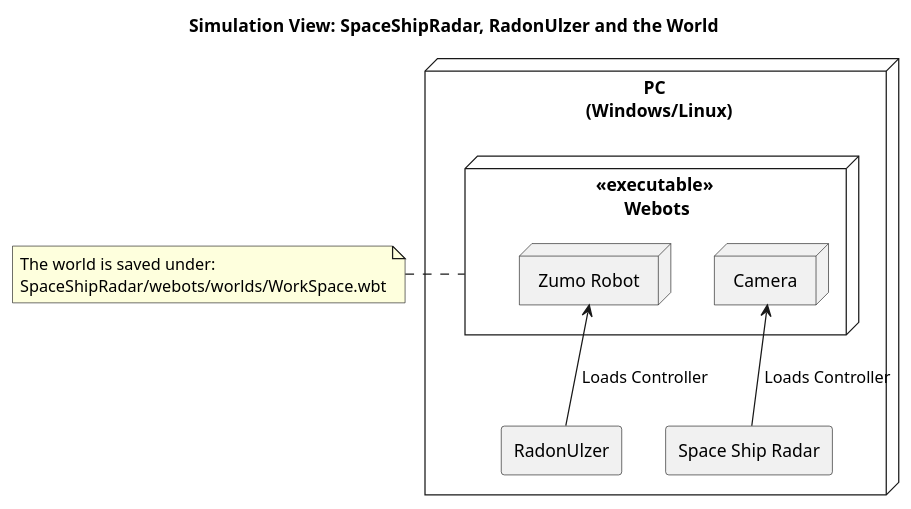
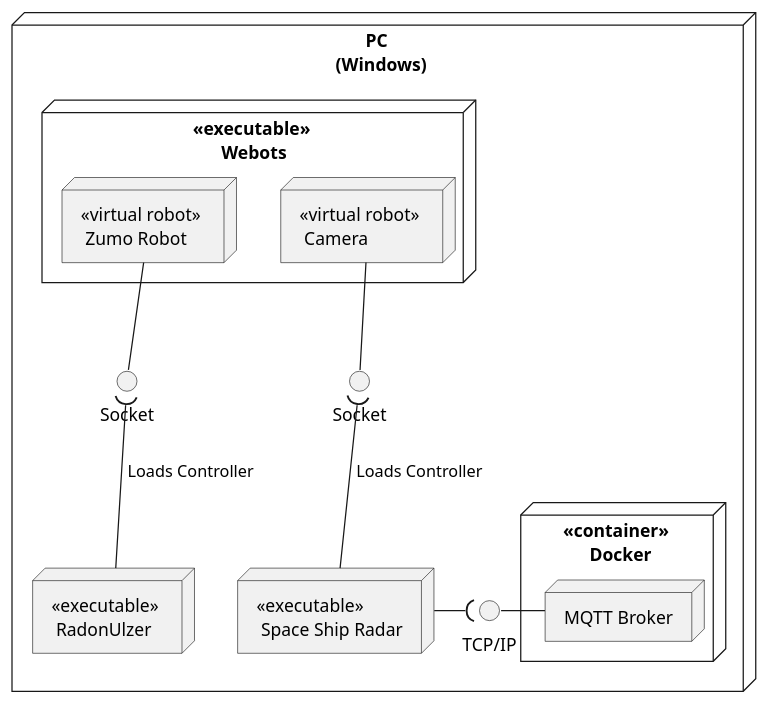
Before and after one commit to NewTec-GmbH/SpaceShipRadar: the diagram in doc/uml/deployment.puml, drawn with PlantUML. The commit also changed 24 other files, not shown here.

```diff
--- a/doc/uml/deployment.puml
+++ b/doc/uml/deployment.puml
@@ -1,24 +1,44 @@
 @startuml deployment
-title Simulation View: SpaceShipRadar, RadonUlzer and the World
+' title Simulation View: SpaceShipRadar, RadonUlzer and the World
 
 
-node "PC \n (Windows/Linux)" {
+node "PC \n (Windows)" {
+    node "<<container>> \n Docker" as Docker{
+        node "MQTT Broker" as broker
+    }
+
     node "<<executable>> \n Webots " as Webots {
-        node "Zumo Robot"
-        node "Camera"
+        node "<<virtual robot>> \n Zumo Robot" as ZumoRobot
+        node "<<virtual robot>> \n Camera" as Camera
     }
     
-    agent RadonUlzer
-    agent "Space Ship Radar"
+  
+
+    node "<<executable>> \n RadonUlzer" as RadonUlzer
+    node "<<executable>> \n Space Ship Radar" as SSR
+
+    interface "Socket" as iZumoRobotSocket
+    interface "Socket" as iZumoComSystemRobotSocket
+
+    interface "TCP/IP" as iNetwork
+
 }
 
 
-"Camera" <-- "Space Ship Radar" : " Loads Controller"
-"Zumo Robot" <-- RadonUlzer : " Loads Controller"
+Camera -- iZumoComSystemRobotSocket
+iZumoComSystemRobotSocket )-- SSR : " Loads Controller"
 
-note left of Webots 
-The world is saved under: 
-SpaceShipRadar/webots/worlds/WorkSpace.wbt
-end note
+
+ZumoRobot -- iZumoRobotSocket
+iZumoRobotSocket  )--  RadonUlzer : " Loads Controller"
+
+
+SSR -( iNetwork
+iNetwork -right- broker
+
+' note left of Webots 
+' The world is saved under: 
+' SpaceShipRadar/webots/worlds/WorkSpace.wbt
+' end note
 
 @enduml
```
